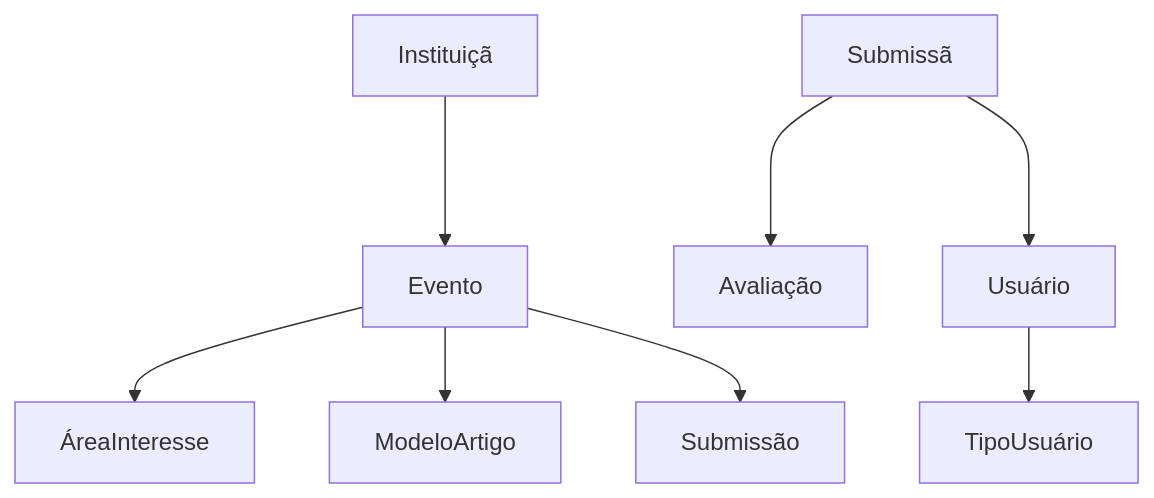
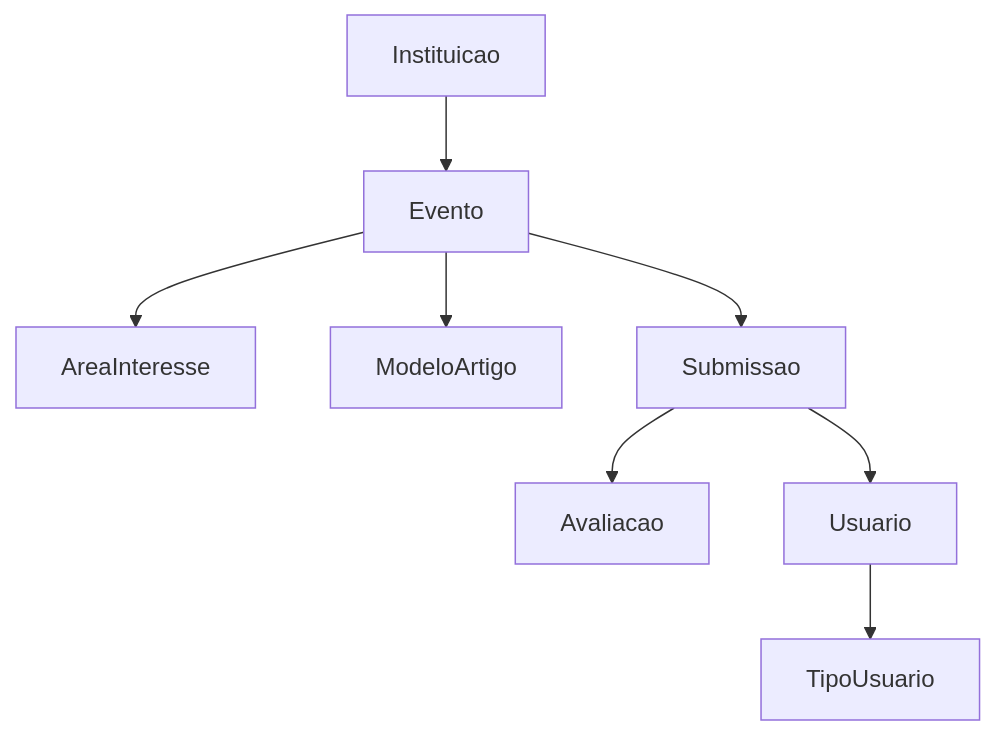
Before and after one commit to ericmds/ProjetoBancoDeDados: the diagram in 00 - Aulas/Aula 24.03.2025.md, drawn with Mermaid.

Commit message:
Update Aula 24.03.2025.md

````diff
--- a/00 - Aulas/Aula 24.03.2025.md
+++ b/00 - Aulas/Aula 24.03.2025.md
@@ -61,10 +61,10 @@
 ```mermaid
 graph TD;
-    Instituição-->Evento;
-    Evento-->ÁreaInteresse;
+    Instituicao-->Evento;
+    Evento-->AreaInteresse;
     Evento-->ModeloArtigo;
-    Evento-->Submissão;
-    Submissão-->Avaliação;
-    Submissão-->Usuário;
-    Usuário-->TipoUsuário;
+    Evento-->Submissao;
+    Submissao-->Avaliacao;
+    Submissao-->Usuario;
+    Usuario-->TipoUsuario;
 ```
````
